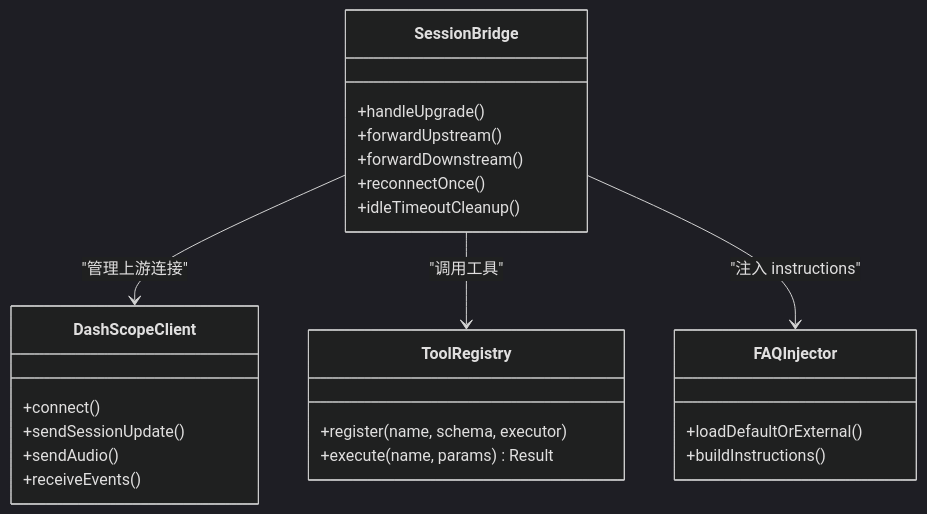
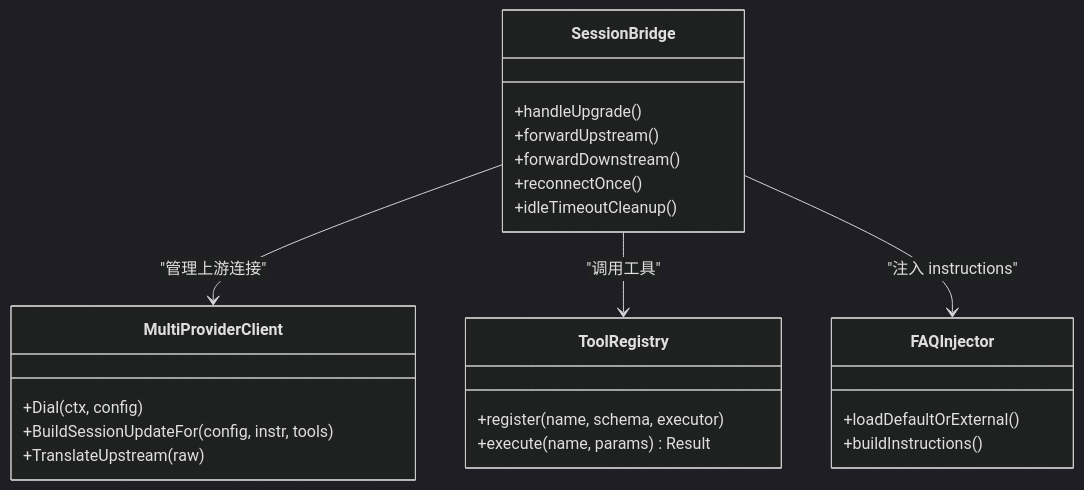
One commit to kudig-io/klaw changed the fourth of 9 diagrams in .qoder/repowiki/zh/content/Web前端应用/SOS紧急语音对话模式设计.md. Above: the diagram before and after it, drawn with Mermaid (dark theme). The commit also changed other lines of this file and 336 other files, not shown here.

````diff
--- a/.qoder/repowiki/zh/content/Web前端应用/SOS紧急语音对话模式设计.md
+++ b/.qoder/repowiki/zh/content/Web前端应用/SOS紧急语音对话模式设计.md
@@ -136,27 +192,26 @@
 ```mermaid
 classDiagram
 class SessionBridge {
 +handleUpgrade()
 +forwardUpstream()
 +forwardDownstream()
 +reconnectOnce()
 +idleTimeoutCleanup()
 }
-class DashScopeClient {
-+connect()
-+sendSessionUpdate()
-+sendAudio()
-+receiveEvents()
+class MultiProviderClient {
++Dial(ctx, config)
++BuildSessionUpdateFor(config, instr, tools)
++TranslateUpstream(raw)
 }
 class ToolRegistry {
 +register(name, schema, executor)
 +execute(name, params) Result
 }
 class FAQInjector {
 +loadDefaultOrExternal()
 +buildInstructions()
 }
-SessionBridge --> DashScopeClient : "管理上游连接"
+SessionBridge --> MultiProviderClient : "管理上游连接"
 SessionBridge --> ToolRegistry : "调用工具"
 SessionBridge --> FAQInjector : "注入 instructions"
 ```
````
